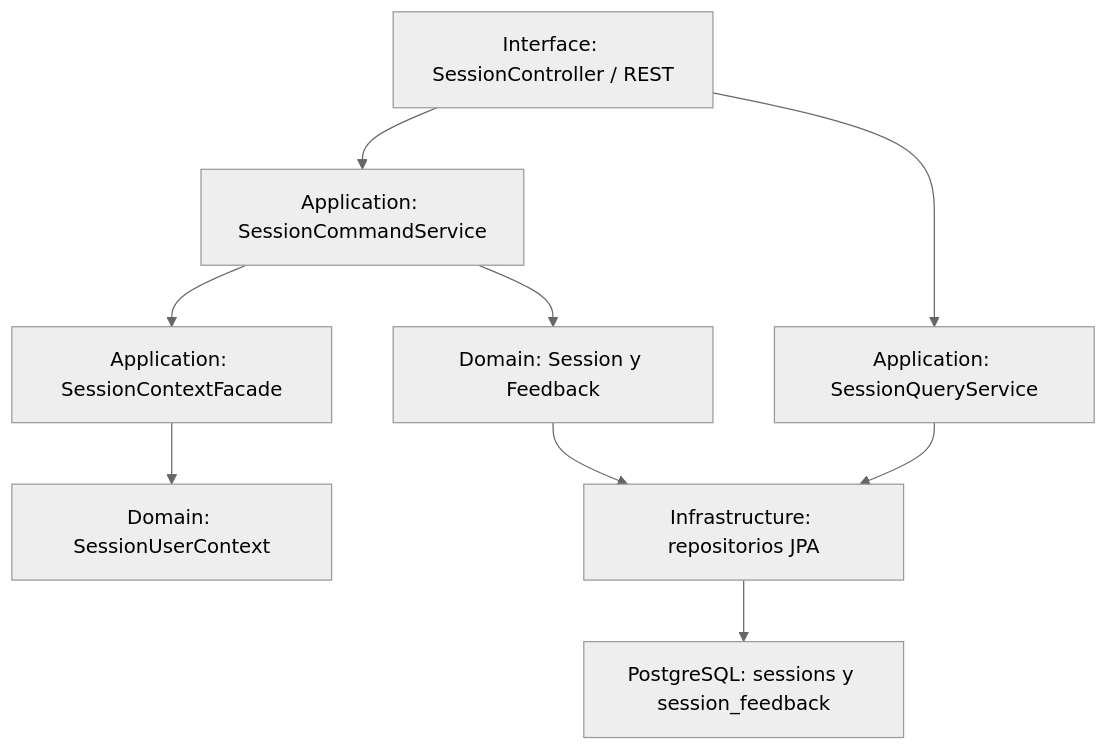
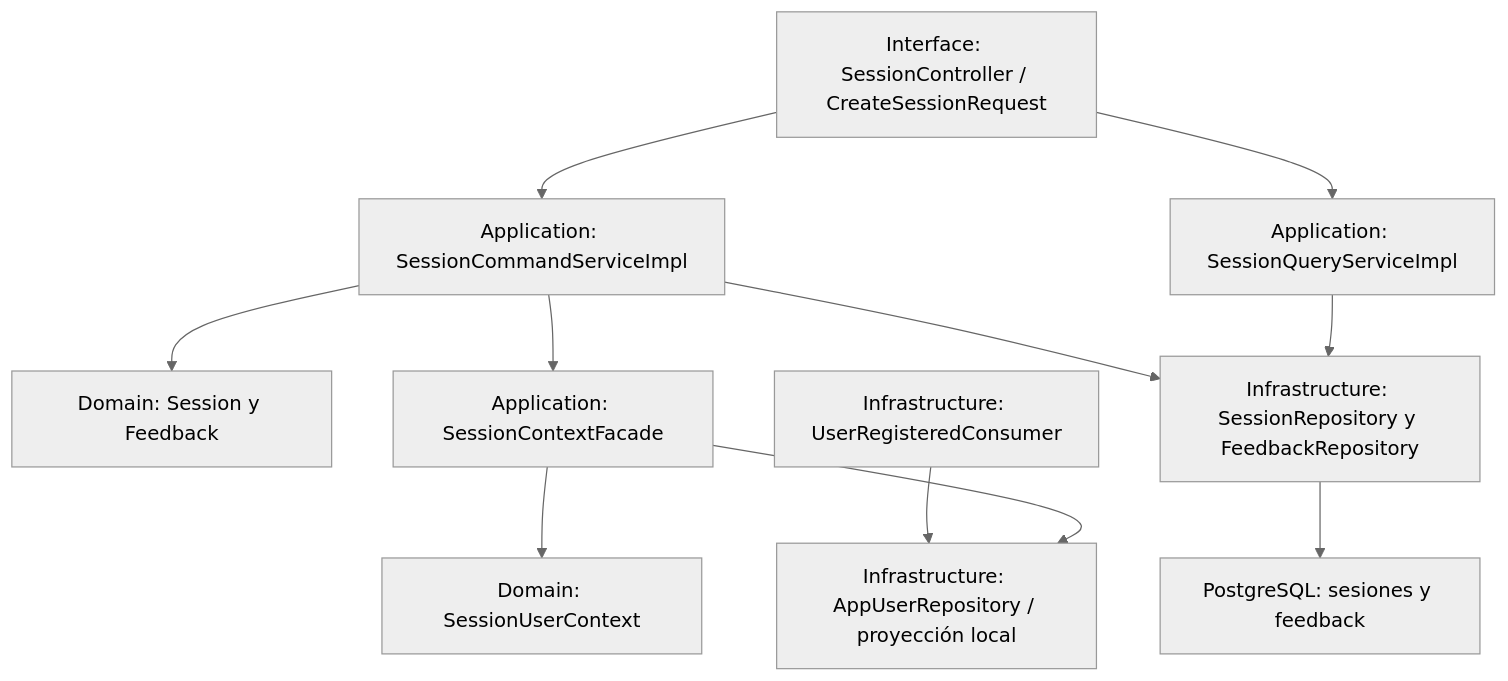
The diagram in assets/diagrams/tactical/04-practice-sessions-components.mmd (upc-pre-202620-si728-16365-thropic/talki-project-report), drawn with Mermaid (neutral theme) before and after one commit. The commit also changed 23 other files, not shown here.

```diff
--- a/assets/diagrams/tactical/04-practice-sessions-components.mmd
+++ b/assets/diagrams/tactical/04-practice-sessions-components.mmd
@@ -1,9 +1,11 @@
 flowchart TB
-  input["Interface: SessionController / REST"] --> commands["Application: SessionCommandService"]
-  input --> queries["Application: SessionQueryService"]
+  input["Interface: SessionController / CreateSessionRequest"] --> commands["Application: SessionCommandServiceImpl"]
+  input --> queries["Application: SessionQueryServiceImpl"]
   commands --> session["Domain: Session y Feedback"]
   commands --> facade["Application: SessionContextFacade"]
   facade --> user["Domain: SessionUserContext"]
-  session --> repo["Infrastructure: repositorios JPA"]
+  commands --> repo["Infrastructure: SessionRepository y FeedbackRepository"]
   queries --> repo
-  repo --> db["PostgreSQL: sessions y session_feedback"]
+  repo --> db["PostgreSQL: sesiones y feedback"]
+  consumer["Infrastructure: UserRegisteredConsumer"] --> users["Infrastructure: AppUserRepository / proyección local"]
+  facade --> users
```
